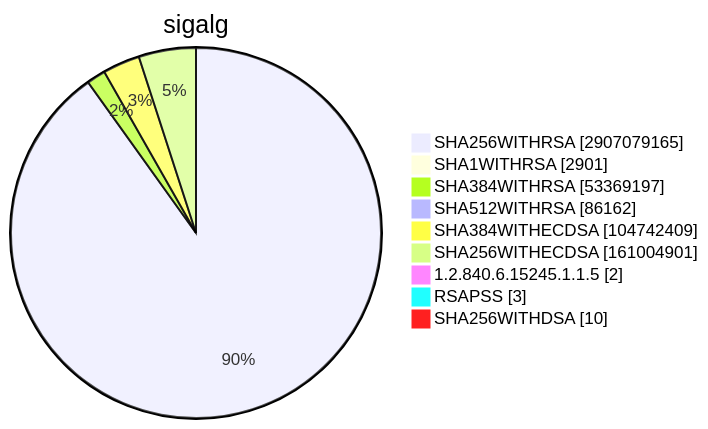
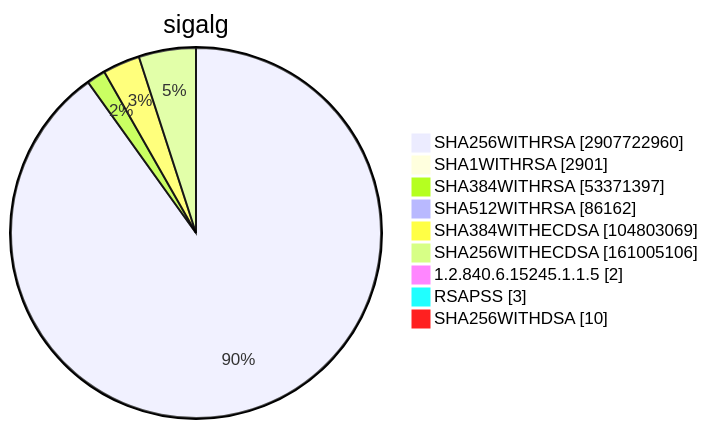
Before and after one commit to christiankrug/ctmonitor_visualization: diagram 15 of 15 in TOTAL/README.md, drawn with Mermaid. The commit also changed other lines of this file, not shown here.

````diff
--- a/TOTAL/README.md
+++ b/TOTAL/README.md
@@ -6207,13 +6207,13 @@
 ```mermaid
 pie showData
 title sigalg
-"SHA256WITHRSA" :2907079165
+"SHA256WITHRSA" :2907722960
 "SHA1WITHRSA" :2901
-"SHA384WITHRSA" :53369197
+"SHA384WITHRSA" :53371397
 "SHA512WITHRSA" :86162
-"SHA384WITHECDSA" :104742409
-"SHA256WITHECDSA" :161004901
+"SHA384WITHECDSA" :104803069
+"SHA256WITHECDSA" :161005106
 "1.2.840.6.15245.1.1.5" :2
 "RSAPSS" :3
 "SHA256WITHDSA" :10
 ```
````
